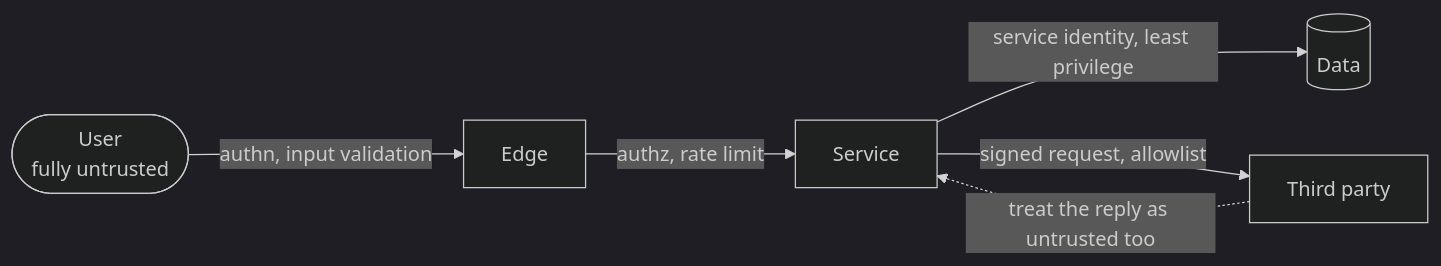
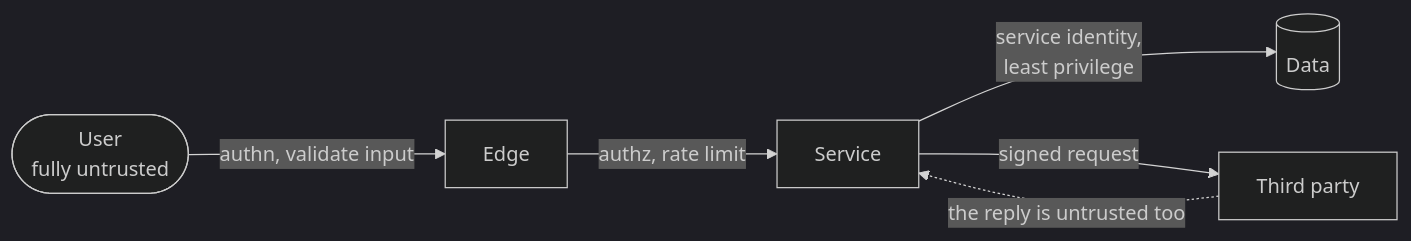
Diagram 15 of 19 in examples/system-design-foundations.md (Laticent/lattice), drawn with Mermaid (dark theme) before and after one commit. The commit also changed other lines of this file and 2 other files, not shown here.

````diff
--- a/examples/system-design-foundations.md
+++ b/examples/system-design-foundations.md
@@ -1827,8 +1742,8 @@
 ```mermaid
 flowchart LR
-  U(["User<br/>fully untrusted"]) -->|"authn, input validation"| E["Edge"]
+  U(["User<br/>fully untrusted"]) -->|"authn, validate input"| E["Edge"]
   E -->|"authz, rate limit"| S["Service"]
-  S -->|"service identity, least privilege"| D[("Data")]
-  S -->|"signed request, allowlist"| T["Third party"]
-  T -.->|"treat the reply as untrusted too"| S
+  S -->|"service identity,<br/>least privilege"| D[("Data")]
+  S -->|"signed request"| T["Third party"]
+  T -.->|"the reply is untrusted too"| S
 ```
````
